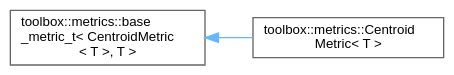
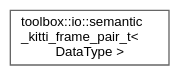
Before and after one commit to nerdneilsfield/cpp-toolbox: the diagram in inherit_graph_59.dot, drawn with Graphviz. The commit also changed 942 other files, not shown here.

```diff
--- a/inherit_graph_59.dot
+++ b/inherit_graph_59.dot
@@ -1,11 +1,9 @@
 digraph "Graphical Class Hierarchy"
 {
  // LATEX_PDF_SIZE
   bgcolor="transparent";
   edge [fontname=Helvetica,fontsize=10,labelfontname=Helvetica,labelfontsize=10];
   node [fontname=Helvetica,fontsize=10,shape=box,height=0.2,width=0.4];
   rankdir="LR";
-  Node0 [id="Node000000",label="toolbox::metrics::base\l_metric_t\< CentroidMetric\l\< T \>, T \>",height=0.2,width=0.4,color="grey40", fillcolor="white", style="filled",URL="$classtoolbox_1_1metrics_1_1base__metric__t.html",tooltip=" "];
-  Node0 -> Node1 [id="edge61_Node000000_Node000001",dir="back",color="steelblue1",style="solid",tooltip=" "];
-  Node1 [id="Node000001",label="toolbox::metrics::Centroid\lMetric\< T \>",height=0.2,width=0.4,color="grey40", fillcolor="white", style="filled",URL="$classtoolbox_1_1metrics_1_1_centroid_metric.html",tooltip="Centroid distance between two point clouds."];
+  Node0 [id="Node000000",label="toolbox::io::semantic\l_kitti_frame_pair_t\<\l DataType \>",height=0.2,width=0.4,color="grey40", fillcolor="white", style="filled",URL="$structtoolbox_1_1io_1_1semantic__kitti__frame__pair__t.html",tooltip="Frame pair data from Semantic KITTI dataset."];
 }
```
